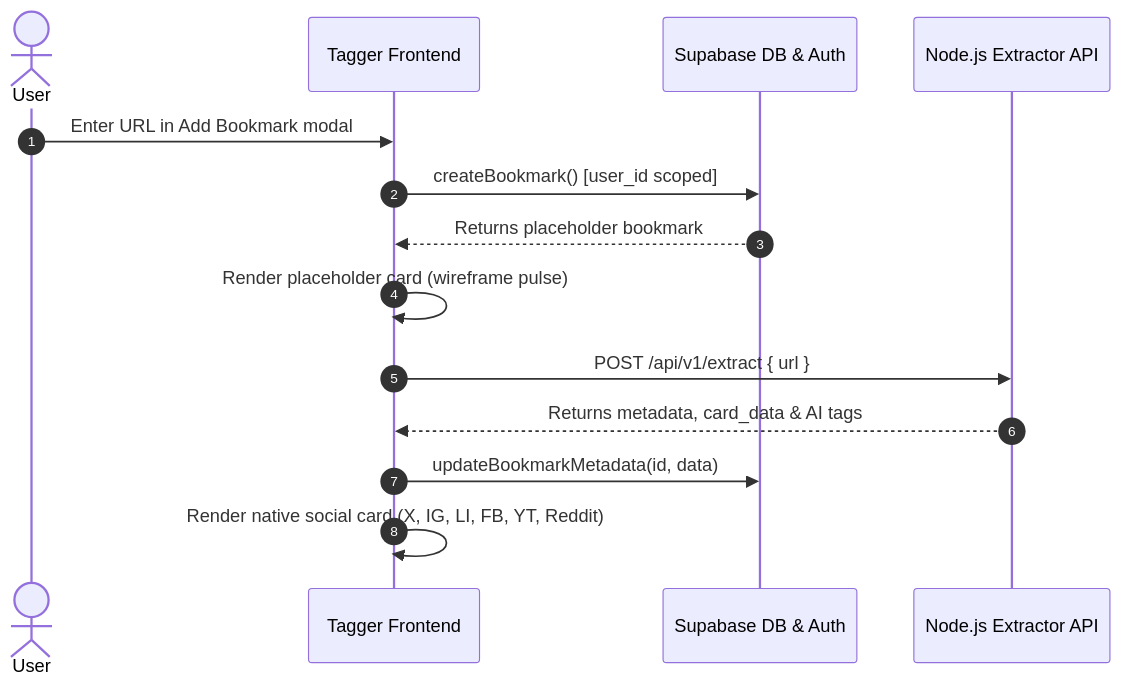
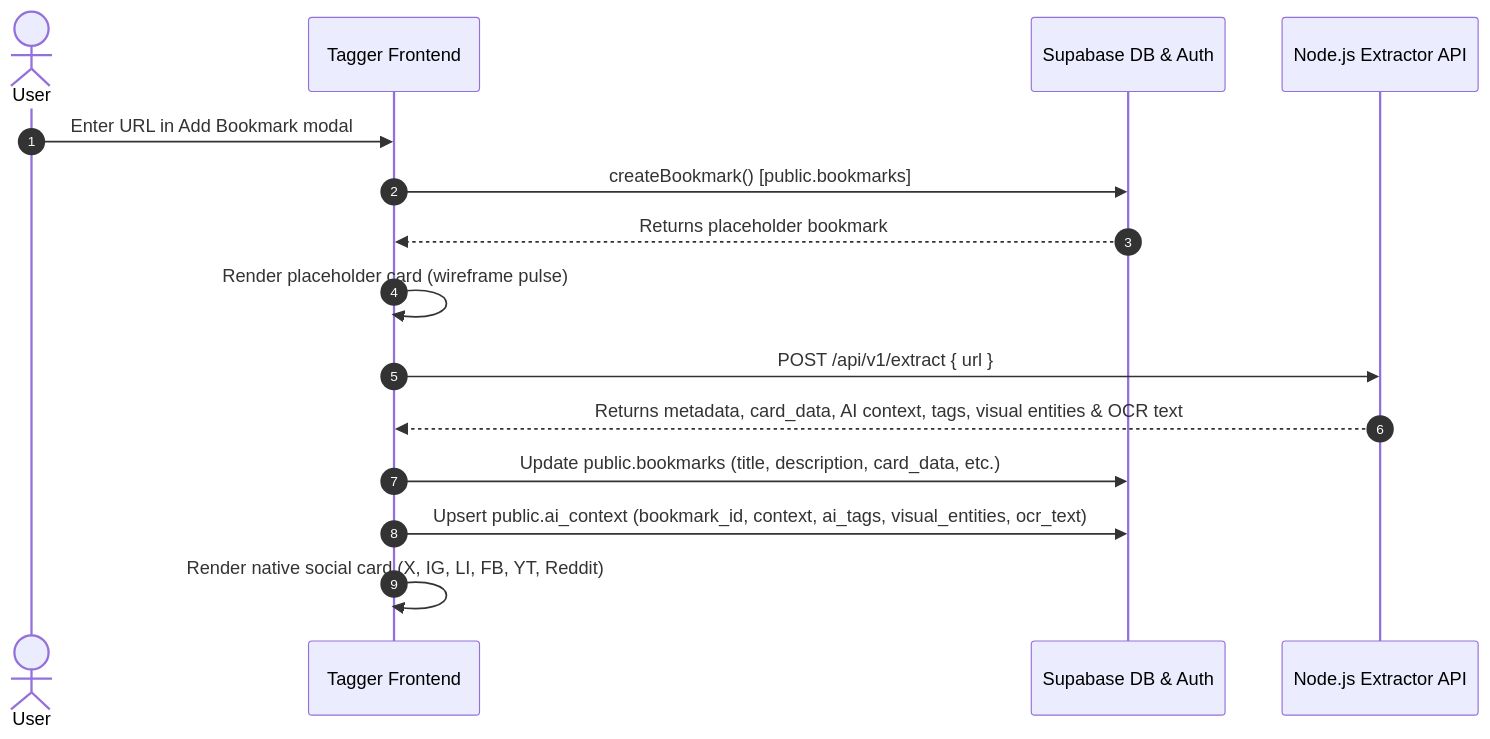
Before and after one commit to vaddadi-abhishek/Tagger_Web: the diagram in README.md, drawn with Mermaid. The commit also changed other lines of this file and 17 other files, not shown here.

Commit message:
Removed Edit bookmarks option and replaced it with AI Context view modal.

````diff
--- a/README.md
+++ b/README.md
@@ -165,19 +174,20 @@
 ```mermaid
 sequenceDiagram
     autonumber
     actor User
     participant Frontend as Tagger Frontend
     participant Supabase as Supabase DB & Auth
     participant Backend as Node.js Extractor API
 
     User->>Frontend: Enter URL in Add Bookmark modal
-    Frontend->>Supabase: createBookmark() [user_id scoped]
+    Frontend->>Supabase: createBookmark() [public.bookmarks]
     Supabase-->>Frontend: Returns placeholder bookmark
     Frontend->>Frontend: Render placeholder card (wireframe pulse)
 
     Frontend->>Backend: POST /api/v1/extract { url }
-    Backend-->>Frontend: Returns metadata, card_data & AI tags
+    Backend-->>Frontend: Returns metadata, card_data, AI context, tags, visual entities & OCR text
 
-    Frontend->>Supabase: updateBookmarkMetadata(id, data)
+    Frontend->>Supabase: Update public.bookmarks (title, description, card_data, etc.)
+    Frontend->>Supabase: Upsert public.ai_context (bookmark_id, context, ai_tags, visual_entities, ocr_text)
     Frontend->>Frontend: Render native social card (X, IG, LI, FB, YT, Reddit)
 ```
````
